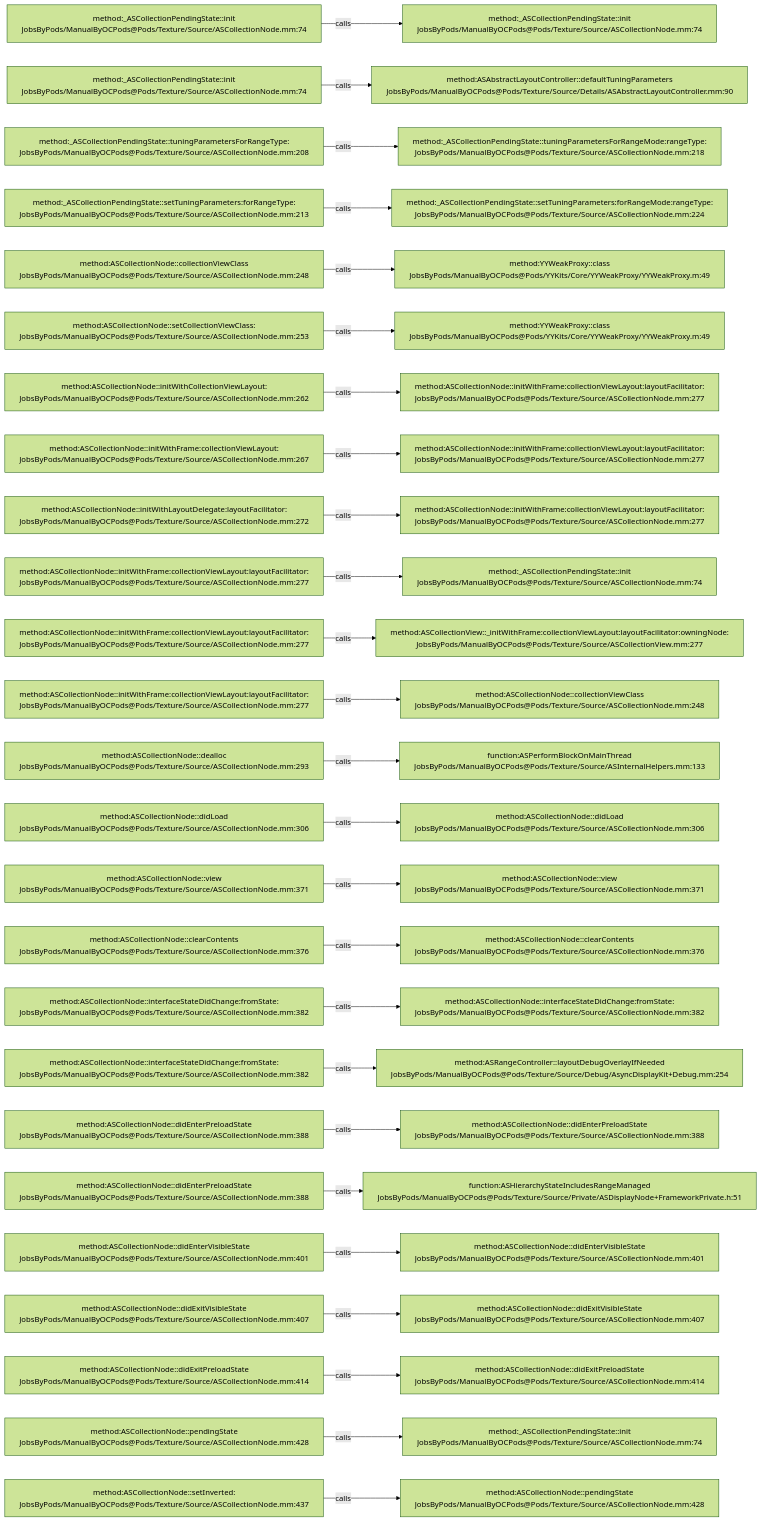
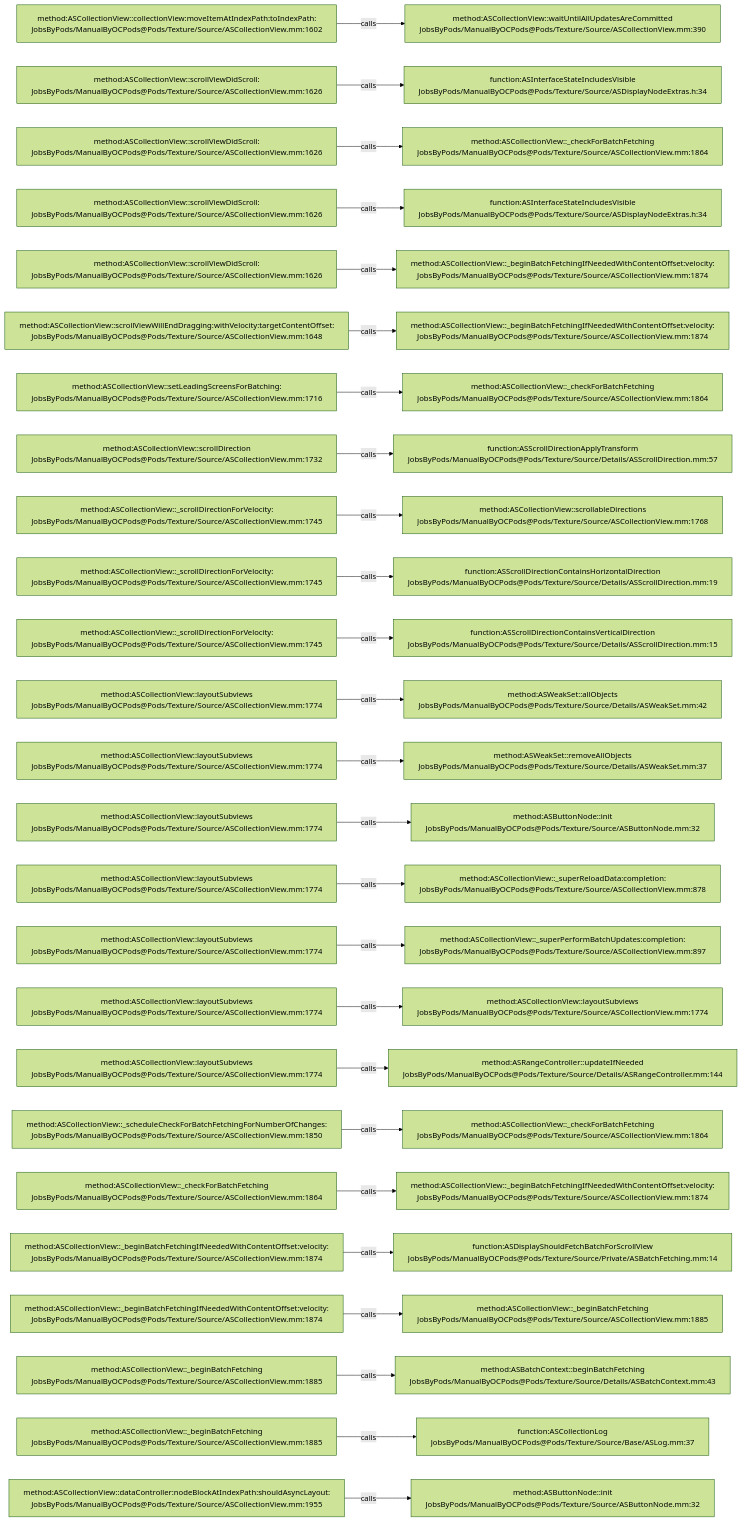
Before and after one commit to JobsKits/JobsOCBaseConfigDemo: the diagram in .codegraph/codegraph.md/graphs/calls-068.md, drawn with Mermaid (forest theme). The commit also changed 2723 other files, not shown here.

````diff
--- a/.codegraph/codegraph.md/graphs/calls-068.md
+++ b/.codegraph/codegraph.md/graphs/calls-068.md
@@ -13,78 +13,78 @@
 ```mermaid
 flowchart LR
-  S1["method:_ASCollectionPendingState::init<br/>JobsByPods/ManualByOCPods@Pods/Texture/Source/ASCollectionNode.mm:74"]
-  T1["method:_ASCollectionPendingState::init<br/>JobsByPods/ManualByOCPods@Pods/Texture/Source/ASCollectionNode.mm:74"]
+  S1["method:ASCollectionView::collectionView:moveItemAtIndexPath:toIndexPath:<br/>JobsByPods/ManualByOCPods@Pods/Texture/Source/ASCollectionView.mm:1602"]
+  T1["method:ASCollectionView::waitUntilAllUpdatesAreCommitted<br/>JobsByPods/ManualByOCPods@Pods/Texture/Source/ASCollectionView.mm:390"]
   S1 -->|calls| T1
-  S2["method:_ASCollectionPendingState::init<br/>JobsByPods/ManualByOCPods@Pods/Texture/Source/ASCollectionNode.mm:74"]
-  T2["method:ASAbstractLayoutController::defaultTuningParameters<br/>JobsByPods/ManualByOCPods@Pods/Texture/Source/Details/ASAbstractLayoutController.mm:90"]
+  S2["method:ASCollectionView::scrollViewDidScroll:<br/>JobsByPods/ManualByOCPods@Pods/Texture/Source/ASCollectionView.mm:1626"]
+  T2["function:ASInterfaceStateIncludesVisible<br/>JobsByPods/ManualByOCPods@Pods/Texture/Source/ASDisplayNodeExtras.h:34"]
   S2 -->|calls| T2
-  S3["method:_ASCollectionPendingState::tuningParametersForRangeType:<br/>JobsByPods/ManualByOCPods@Pods/Texture/Source/ASCollectionNode.mm:208"]
-  T3["method:_ASCollectionPendingState::tuningParametersForRangeMode:rangeType:<br/>JobsByPods/ManualByOCPods@Pods/Texture/Source/ASCollectionNode.mm:218"]
+  S3["method:ASCollectionView::scrollViewDidScroll:<br/>JobsByPods/ManualByOCPods@Pods/Texture/Source/ASCollectionView.mm:1626"]
+  T3["method:ASCollectionView::_checkForBatchFetching<br/>JobsByPods/ManualByOCPods@Pods/Texture/Source/ASCollectionView.mm:1864"]
   S3 -->|calls| T3
-  S4["method:_ASCollectionPendingState::setTuningParameters:forRangeType:<br/>JobsByPods/ManualByOCPods@Pods/Texture/Source/ASCollectionNode.mm:213"]
-  T4["method:_ASCollectionPendingState::setTuningParameters:forRangeMode:rangeType:<br/>JobsByPods/ManualByOCPods@Pods/Texture/Source/ASCollectionNode.mm:224"]
+  S4["method:ASCollectionView::scrollViewDidScroll:<br/>JobsByPods/ManualByOCPods@Pods/Texture/Source/ASCollectionView.mm:1626"]
+  T4["function:ASInterfaceStateIncludesVisible<br/>JobsByPods/ManualByOCPods@Pods/Texture/Source/ASDisplayNodeExtras.h:34"]
   S4 -->|calls| T4
-  S5["method:ASCollectionNode::collectionViewClass<br/>JobsByPods/ManualByOCPods@Pods/Texture/Source/ASCollectionNode.mm:248"]
-  T5["method:YYWeakProxy::class<br/>JobsByPods/ManualByOCPods@Pods/YYKits/Core/YYWeakProxy/YYWeakProxy.m:49"]
+  S5["method:ASCollectionView::scrollViewDidScroll:<br/>JobsByPods/ManualByOCPods@Pods/Texture/Source/ASCollectionView.mm:1626"]
+  T5["method:ASCollectionView::_beginBatchFetchingIfNeededWithContentOffset:velocity:<br/>JobsByPods/ManualByOCPods@Pods/Texture/Source/ASCollectionView.mm:1874"]
   S5 -->|calls| T5
-  S6["method:ASCollectionNode::setCollectionViewClass:<br/>JobsByPods/ManualByOCPods@Pods/Texture/Source/ASCollectionNode.mm:253"]
-  T6["method:YYWeakProxy::class<br/>JobsByPods/ManualByOCPods@Pods/YYKits/Core/YYWeakProxy/YYWeakProxy.m:49"]
+  S6["method:ASCollectionView::scrollViewWillEndDragging:withVelocity:targetContentOffset:<br/>JobsByPods/ManualByOCPods@Pods/Texture/Source/ASCollectionView.mm:1648"]
+  T6["method:ASCollectionView::_beginBatchFetchingIfNeededWithContentOffset:velocity:<br/>JobsByPods/ManualByOCPods@Pods/Texture/Source/ASCollectionView.mm:1874"]
   S6 -->|calls| T6
-  S7["method:ASCollectionNode::initWithCollectionViewLayout:<br/>JobsByPods/ManualByOCPods@Pods/Texture/Source/ASCollectionNode.mm:262"]
-  T7["method:ASCollectionNode::initWithFrame:collectionViewLayout:layoutFacilitator:<br/>JobsByPods/ManualByOCPods@Pods/Texture/Source/ASCollectionNode.mm:277"]
+  S7["method:ASCollectionView::setLeadingScreensForBatching:<br/>JobsByPods/ManualByOCPods@Pods/Texture/Source/ASCollectionView.mm:1716"]
+  T7["method:ASCollectionView::_checkForBatchFetching<br/>JobsByPods/ManualByOCPods@Pods/Texture/Source/ASCollectionView.mm:1864"]
   S7 -->|calls| T7
-  S8["method:ASCollectionNode::initWithFrame:collectionViewLayout:<br/>JobsByPods/ManualByOCPods@Pods/Texture/Source/ASCollectionNode.mm:267"]
-  T8["method:ASCollectionNode::initWithFrame:collectionViewLayout:layoutFacilitator:<br/>JobsByPods/ManualByOCPods@Pods/Texture/Source/ASCollectionNode.mm:277"]
+  S8["method:ASCollectionView::scrollDirection<br/>JobsByPods/ManualByOCPods@Pods/Texture/Source/ASCollectionView.mm:1732"]
+  T8["function:ASScrollDirectionApplyTransform<br/>JobsByPods/ManualByOCPods@Pods/Texture/Source/Details/ASScrollDirection.mm:57"]
   S8 -->|calls| T8
-  S9["method:ASCollectionNode::initWithLayoutDelegate:layoutFacilitator:<br/>JobsByPods/ManualByOCPods@Pods/Texture/Source/ASCollectionNode.mm:272"]
-  T9["method:ASCollectionNode::initWithFrame:collectionViewLayout:layoutFacilitator:<br/>JobsByPods/ManualByOCPods@Pods/Texture/Source/ASCollectionNode.mm:277"]
+  S9["method:ASCollectionView::_scrollDirectionForVelocity:<br/>JobsByPods/ManualByOCPods@Pods/Texture/Source/ASCollectionView.mm:1745"]
+  T9["method:ASCollectionView::scrollableDirections<br/>JobsByPods/ManualByOCPods@Pods/Texture/Source/ASCollectionView.mm:1768"]
   S9 -->|calls| T9
-  S10["method:ASCollectionNode::initWithFrame:collectionViewLayout:layoutFacilitator:<br/>JobsByPods/ManualByOCPods@Pods/Texture/Source/ASCollectionNode.mm:277"]
-  T10["method:_ASCollectionPendingState::init<br/>JobsByPods/ManualByOCPods@Pods/Texture/Source/ASCollectionNode.mm:74"]
+  S10["method:ASCollectionView::_scrollDirectionForVelocity:<br/>JobsByPods/ManualByOCPods@Pods/Texture/Source/ASCollectionView.mm:1745"]
+  T10["function:ASScrollDirectionContainsHorizontalDirection<br/>JobsByPods/ManualByOCPods@Pods/Texture/Source/Details/ASScrollDirection.mm:19"]
   S10 -->|calls| T10
-  S11["method:ASCollectionNode::initWithFrame:collectionViewLayout:layoutFacilitator:<br/>JobsByPods/ManualByOCPods@Pods/Texture/Source/ASCollectionNode.mm:277"]
-  T11["method:ASCollectionView::_initWithFrame:collectionViewLayout:layoutFacilitator:owningNode:<br/>JobsByPods/ManualByOCPods@Pods/Texture/Source/ASCollectionView.mm:277"]
+  S11["method:ASCollectionView::_scrollDirectionForVelocity:<br/>JobsByPods/ManualByOCPods@Pods/Texture/Source/ASCollectionView.mm:1745"]
+  T11["function:ASScrollDirectionContainsVerticalDirection<br/>JobsByPods/ManualByOCPods@Pods/Texture/Source/Details/ASScrollDirection.mm:15"]
   S11 -->|calls| T11
-  S12["method:ASCollectionNode::initWithFrame:collectionViewLayout:layoutFacilitator:<br/>JobsByPods/ManualByOCPods@Pods/Texture/Source/ASCollectionNode.mm:277"]
-  T12["method:ASCollectionNode::collectionViewClass<br/>JobsByPods/ManualByOCPods@Pods/Texture/Source/ASCollectionNode.mm:248"]
+  S12["method:ASCollectionView::layoutSubviews<br/>JobsByPods/ManualByOCPods@Pods/Texture/Source/ASCollectionView.mm:1774"]
+  T12["method:ASWeakSet::allObjects<br/>JobsByPods/ManualByOCPods@Pods/Texture/Source/Details/ASWeakSet.mm:42"]
   S12 -->|calls| T12
-  S13["method:ASCollectionNode::dealloc<br/>JobsByPods/ManualByOCPods@Pods/Texture/Source/ASCollectionNode.mm:293"]
-  T13["function:ASPerformBlockOnMainThread<br/>JobsByPods/ManualByOCPods@Pods/Texture/Source/ASInternalHelpers.mm:133"]
+  S13["method:ASCollectionView::layoutSubviews<br/>JobsByPods/ManualByOCPods@Pods/Texture/Source/ASCollectionView.mm:1774"]
+  T13["method:ASWeakSet::removeAllObjects<br/>JobsByPods/ManualByOCPods@Pods/Texture/Source/Details/ASWeakSet.mm:37"]
   S13 -->|calls| T13
-  S14["method:ASCollectionNode::didLoad<br/>JobsByPods/ManualByOCPods@Pods/Texture/Source/ASCollectionNode.mm:306"]
-  T14["method:ASCollectionNode::didLoad<br/>JobsByPods/ManualByOCPods@Pods/Texture/Source/ASCollectionNode.mm:306"]
+  S14["method:ASCollectionView::layoutSubviews<br/>JobsByPods/ManualByOCPods@Pods/Texture/Source/ASCollectionView.mm:1774"]
+  T14["method:ASButtonNode::init<br/>JobsByPods/ManualByOCPods@Pods/Texture/Source/ASButtonNode.mm:32"]
   S14 -->|calls| T14
-  S15["method:ASCollectionNode::view<br/>JobsByPods/ManualByOCPods@Pods/Texture/Source/ASCollectionNode.mm:371"]
-  T15["method:ASCollectionNode::view<br/>JobsByPods/ManualByOCPods@Pods/Texture/Source/ASCollectionNode.mm:371"]
+  S15["method:ASCollectionView::layoutSubviews<br/>JobsByPods/ManualByOCPods@Pods/Texture/Source/ASCollectionView.mm:1774"]
+  T15["method:ASCollectionView::_superReloadData:completion:<br/>JobsByPods/ManualByOCPods@Pods/Texture/Source/ASCollectionView.mm:878"]
   S15 -->|calls| T15
-  S16["method:ASCollectionNode::clearContents<br/>JobsByPods/ManualByOCPods@Pods/Texture/Source/ASCollectionNode.mm:376"]
-  T16["method:ASCollectionNode::clearContents<br/>JobsByPods/ManualByOCPods@Pods/Texture/Source/ASCollectionNode.mm:376"]
+  S16["method:ASCollectionView::layoutSubviews<br/>JobsByPods/ManualByOCPods@Pods/Texture/Source/ASCollectionView.mm:1774"]
+  T16["method:ASCollectionView::_superPerformBatchUpdates:completion:<br/>JobsByPods/ManualByOCPods@Pods/Texture/Source/ASCollectionView.mm:897"]
   S16 -->|calls| T16
-  S17["method:ASCollectionNode::interfaceStateDidChange:fromState:<br/>JobsByPods/ManualByOCPods@Pods/Texture/Source/ASCollectionNode.mm:382"]
-  T17["method:ASCollectionNode::interfaceStateDidChange:fromState:<br/>JobsByPods/ManualByOCPods@Pods/Texture/Source/ASCollectionNode.mm:382"]
+  S17["method:ASCollectionView::layoutSubviews<br/>JobsByPods/ManualByOCPods@Pods/Texture/Source/ASCollectionView.mm:1774"]
+  T17["method:ASCollectionView::layoutSubviews<br/>JobsByPods/ManualByOCPods@Pods/Texture/Source/ASCollectionView.mm:1774"]
   S17 -->|calls| T17
-  S18["method:ASCollectionNode::interfaceStateDidChange:fromState:<br/>JobsByPods/ManualByOCPods@Pods/Texture/Source/ASCollectionNode.mm:382"]
-  T18["method:ASRangeController::layoutDebugOverlayIfNeeded<br/>JobsByPods/ManualByOCPods@Pods/Texture/Source/Debug/AsyncDisplayKit+Debug.mm:254"]
+  S18["method:ASCollectionView::layoutSubviews<br/>JobsByPods/ManualByOCPods@Pods/Texture/Source/ASCollectionView.mm:1774"]
+  T18["method:ASRangeController::updateIfNeeded<br/>JobsByPods/ManualByOCPods@Pods/Texture/Source/Details/ASRangeController.mm:144"]
   S18 -->|calls| T18
-  S19["method:ASCollectionNode::didEnterPreloadState<br/>JobsByPods/ManualByOCPods@Pods/Texture/Source/ASCollectionNode.mm:388"]
-  T19["method:ASCollectionNode::didEnterPreloadState<br/>JobsByPods/ManualByOCPods@Pods/Texture/Source/ASCollectionNode.mm:388"]
+  S19["method:ASCollectionView::_scheduleCheckForBatchFetchingForNumberOfChanges:<br/>JobsByPods/ManualByOCPods@Pods/Texture/Source/ASCollectionView.mm:1850"]
+  T19["method:ASCollectionView::_checkForBatchFetching<br/>JobsByPods/ManualByOCPods@Pods/Texture/Source/ASCollectionView.mm:1864"]
   S19 -->|calls| T19
-  S20["method:ASCollectionNode::didEnterPreloadState<br/>JobsByPods/ManualByOCPods@Pods/Texture/Source/ASCollectionNode.mm:388"]
-  T20["function:ASHierarchyStateIncludesRangeManaged<br/>JobsByPods/ManualByOCPods@Pods/Texture/Source/Private/ASDisplayNode+FrameworkPrivate.h:51"]
+  S20["method:ASCollectionView::_checkForBatchFetching<br/>JobsByPods/ManualByOCPods@Pods/Texture/Source/ASCollectionView.mm:1864"]
+  T20["method:ASCollectionView::_beginBatchFetchingIfNeededWithContentOffset:velocity:<br/>JobsByPods/ManualByOCPods@Pods/Texture/Source/ASCollectionView.mm:1874"]
   S20 -->|calls| T20
-  S21["method:ASCollectionNode::didEnterVisibleState<br/>JobsByPods/ManualByOCPods@Pods/Texture/Source/ASCollectionNode.mm:401"]
-  T21["method:ASCollectionNode::didEnterVisibleState<br/>JobsByPods/ManualByOCPods@Pods/Texture/Source/ASCollectionNode.mm:401"]
+  S21["method:ASCollectionView::_beginBatchFetchingIfNeededWithContentOffset:velocity:<br/>JobsByPods/ManualByOCPods@Pods/Texture/Source/ASCollectionView.mm:1874"]
+  T21["function:ASDisplayShouldFetchBatchForScrollView<br/>JobsByPods/ManualByOCPods@Pods/Texture/Source/Private/ASBatchFetching.mm:14"]
   S21 -->|calls| T21
-  S22["method:ASCollectionNode::didExitVisibleState<br/>JobsByPods/ManualByOCPods@Pods/Texture/Source/ASCollectionNode.mm:407"]
-  T22["method:ASCollectionNode::didExitVisibleState<br/>JobsByPods/ManualByOCPods@Pods/Texture/Source/ASCollectionNode.mm:407"]
+  S22["method:ASCollectionView::_beginBatchFetchingIfNeededWithContentOffset:velocity:<br/>JobsByPods/ManualByOCPods@Pods/Texture/Source/ASCollectionView.mm:1874"]
+  T22["method:ASCollectionView::_beginBatchFetching<br/>JobsByPods/ManualByOCPods@Pods/Texture/Source/ASCollectionView.mm:1885"]
   S22 -->|calls| T22
-  S23["method:ASCollectionNode::didExitPreloadState<br/>JobsByPods/ManualByOCPods@Pods/Texture/Source/ASCollectionNode.mm:414"]
-  T23["method:ASCollectionNode::didExitPreloadState<br/>JobsByPods/ManualByOCPods@Pods/Texture/Source/ASCollectionNode.mm:414"]
+  S23["method:ASCollectionView::_beginBatchFetching<br/>JobsByPods/ManualByOCPods@Pods/Texture/Source/ASCollectionView.mm:1885"]
+  T23["method:ASBatchContext::beginBatchFetching<br/>JobsByPods/ManualByOCPods@Pods/Texture/Source/Details/ASBatchContext.mm:43"]
   S23 -->|calls| T23
-  S24["method:ASCollectionNode::pendingState<br/>JobsByPods/ManualByOCPods@Pods/Texture/Source/ASCollectionNode.mm:428"]
-  T24["method:_ASCollectionPendingState::init<br/>JobsByPods/ManualByOCPods@Pods/Texture/Source/ASCollectionNode.mm:74"]
+  S24["method:ASCollectionView::_beginBatchFetching<br/>JobsByPods/ManualByOCPods@Pods/Texture/Source/ASCollectionView.mm:1885"]
+  T24["function:ASCollectionLog<br/>JobsByPods/ManualByOCPods@Pods/Texture/Source/Base/ASLog.mm:37"]
   S24 -->|calls| T24
-  S25["method:ASCollectionNode::setInverted:<br/>JobsByPods/ManualByOCPods@Pods/Texture/Source/ASCollectionNode.mm:437"]
-  T25["method:ASCollectionNode::pendingState<br/>JobsByPods/ManualByOCPods@Pods/Texture/Source/ASCollectionNode.mm:428"]
+  S25["method:ASCollectionView::dataController:nodeBlockAtIndexPath:shouldAsyncLayout:<br/>JobsByPods/ManualByOCPods@Pods/Texture/Source/ASCollectionView.mm:1955"]
+  T25["method:ASButtonNode::init<br/>JobsByPods/ManualByOCPods@Pods/Texture/Source/ASButtonNode.mm:32"]
   S25 -->|calls| T25
 ```
````
